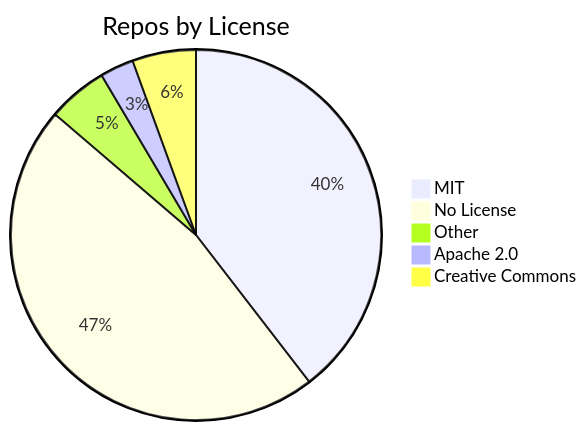
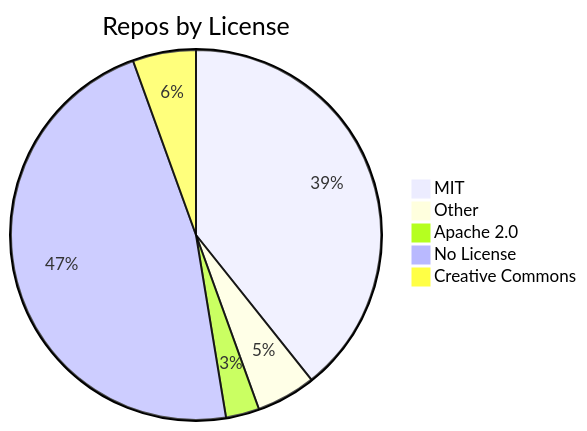
One commit to jpatterson933/awesome-mcp-server-repo-index changed the diagram in README.md. Above: the diagram before and after it, drawn with Mermaid. The commit also changed other lines of this file and 3 other files, not shown here.

````diff
--- a/README.md
+++ b/README.md
@@ -29,8 +29,8 @@
 ```mermaid
 pie title Repos by License
     "MIT" : 121
-    "No License" : 143
     "Other" : 16
     "Apache 2.0" : 9
+    "No License" : 145
     "Creative Commons" : 17
 ```
````
